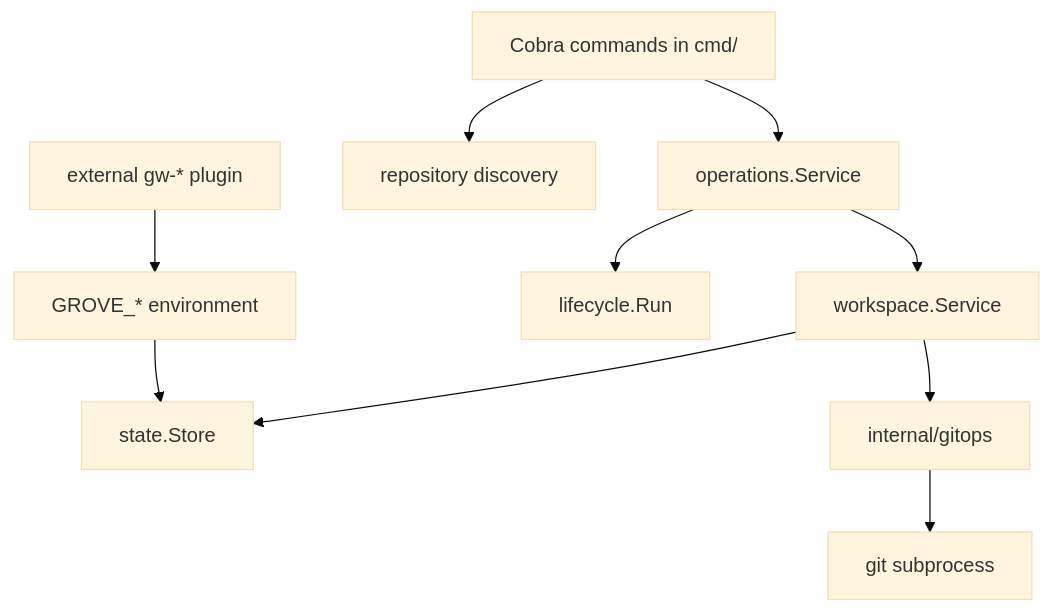
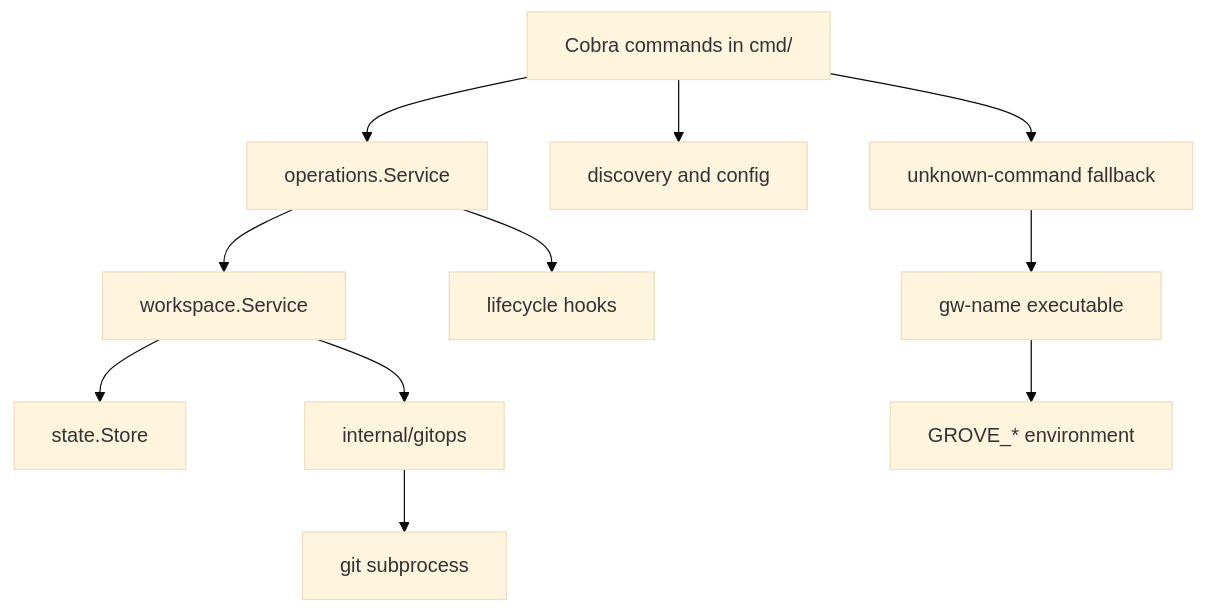
One commit to nicksenap/grove changed the first of 3 diagrams in openwiki/architecture.md. Above: the diagram before and after it, drawn with Mermaid (base theme). The commit also changed other lines of this file and 19 other files, not shown here.

````diff
--- a/openwiki/architecture.md
+++ b/openwiki/architecture.md
@@ -61,12 +41,13 @@
 ```mermaid
 flowchart TD
     CLI["Cobra commands in cmd/"] --> OPS["operations.Service"]
     OPS --> WS["workspace.Service"]
-    OPS --> HOOK["lifecycle.Run"]
     WS --> STATE["state.Store"]
     WS --> GIT["internal/gitops"]
     GIT --> SUB["git subprocess"]
-    CLI --> DISC["repository discovery"]
-    PLUG["external gw-* plugin"] --> ENV["GROVE_* environment"]
-    ENV --> STATE
+    OPS --> HOOK["lifecycle hooks"]
+    CLI --> DISC["discovery and config"]
+    CLI --> FALLBACK["unknown-command fallback"]
+    FALLBACK --> EXT["gw-name executable"]
+    EXT --> ENV["GROVE_* environment"]
 ```
````
